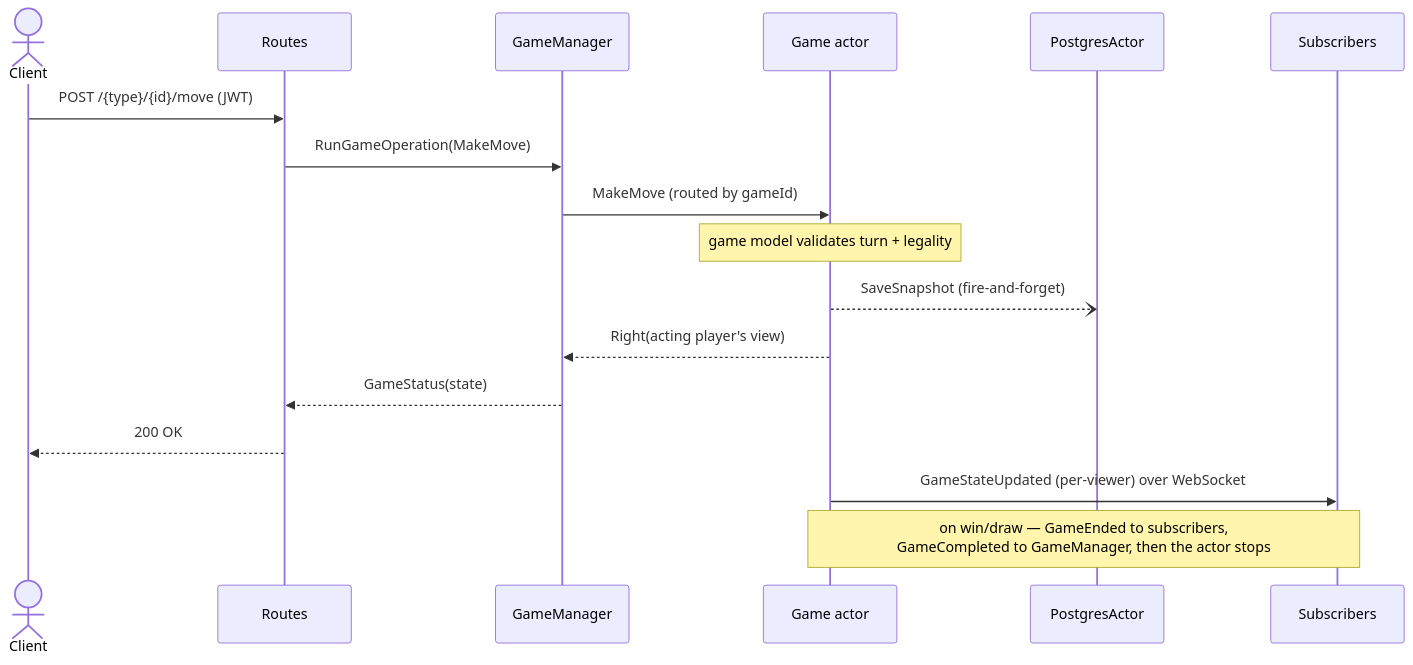
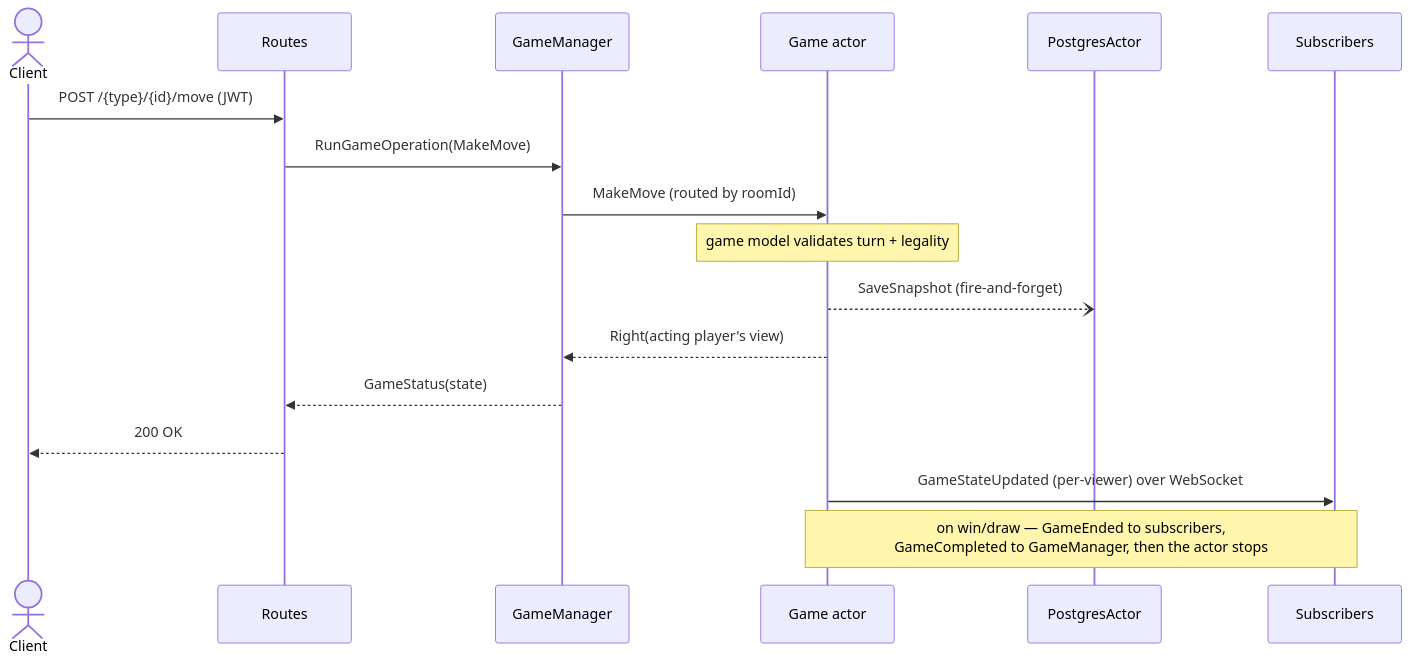
The second of 3 diagrams in README.md (andy327/pekko-game-service), drawn with Mermaid before and after one commit. The commit also changed other lines of this file and 55 other files, not shown here.

Commit message:
rename gameId fields to roomId/matchId throughout, including the wire format

````diff
--- a/README.md
+++ b/README.md
@@ -252,20 +252,20 @@
 ```mermaid
 sequenceDiagram
     actor Client
     participant Routes
     participant GameManager
     participant Game as Game actor
     participant Postgres as PostgresActor
     participant Subs as Subscribers
 
     Client->>Routes: POST /{type}/{id}/move (JWT)
     Routes->>GameManager: RunGameOperation(MakeMove)
-    GameManager->>Game: MakeMove (routed by gameId)
+    GameManager->>Game: MakeMove (routed by roomId)
     Note over Game: game model validates turn + legality
     Game--)Postgres: SaveSnapshot (fire-and-forget)
     Game-->>GameManager: Right(acting player's view)
     GameManager-->>Routes: GameStatus(state)
     Routes-->>Client: 200 OK
     Game->>Subs: GameStateUpdated (per-viewer) over WebSocket
     Note over Game,Subs: on win/draw — GameEnded to subscribers,<br/>GameCompleted to GameManager, then the actor stops
 ```
````
